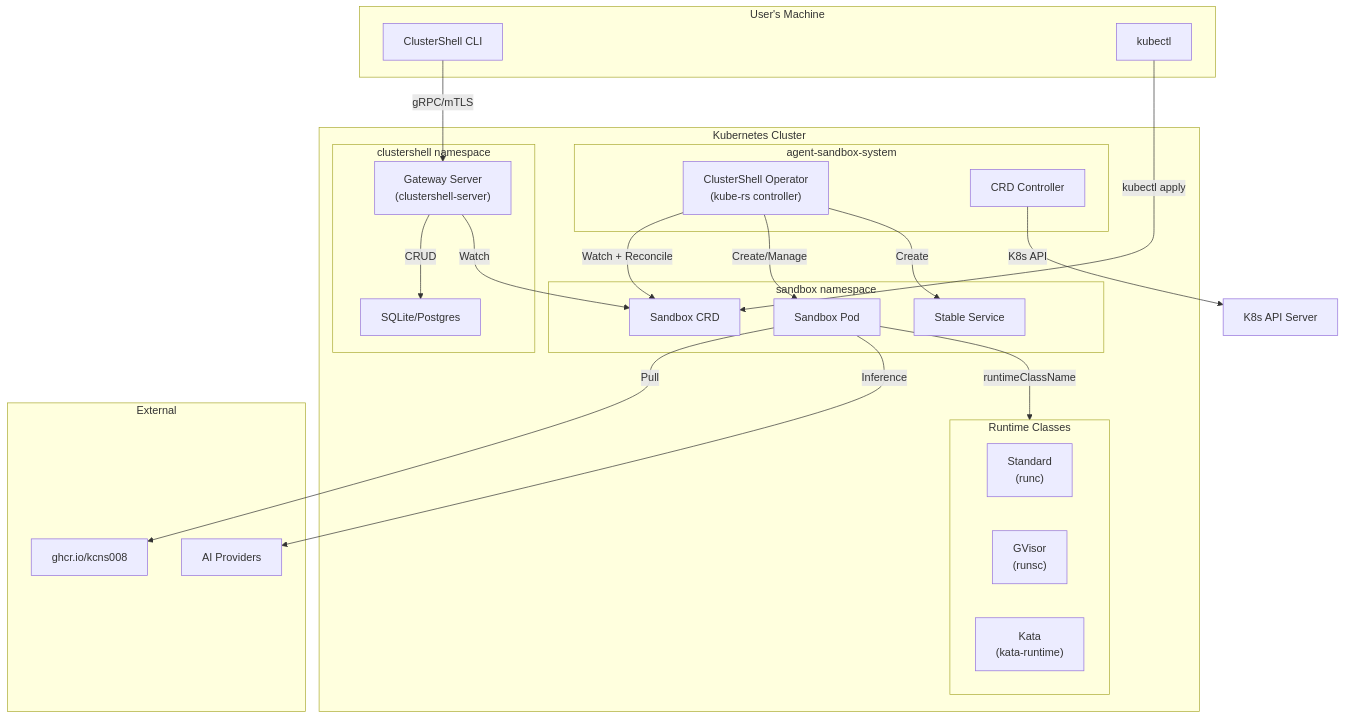
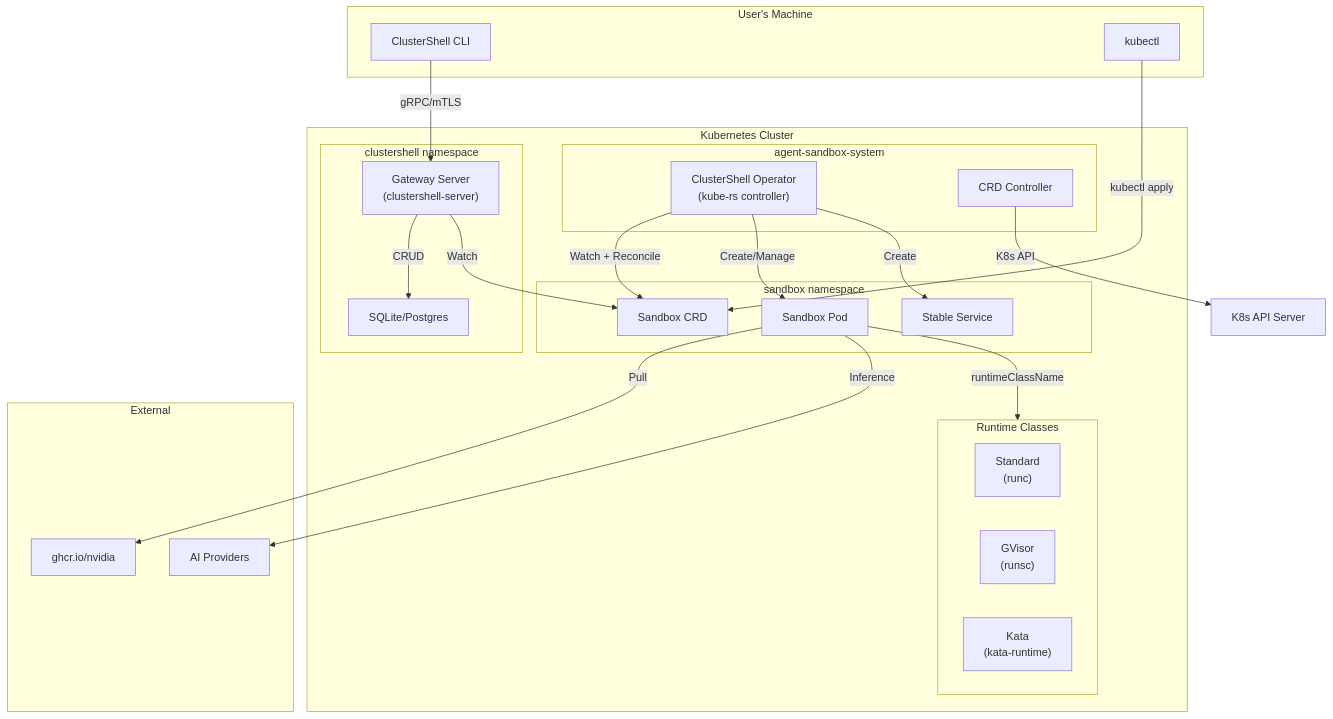
The first of 5 diagrams in architecture/kubernetes-operator.md (kcns008/ClusterShell), drawn with Mermaid before and after one commit. The commit also changed other lines of this file and 2 other files, not shown here.

First line of the commit message:
fix: update container image references to nvidia/openshell registry

````diff
--- a/architecture/kubernetes-operator.md
+++ b/architecture/kubernetes-operator.md
@@ -22,48 +22,48 @@
 ```mermaid
 graph TB
     subgraph USER["User's Machine"]
         CLI["ClusterShell CLI"]
         KUBECTL["kubectl"]
     end
 
     subgraph K8S["Kubernetes Cluster"]
         subgraph OPERATOR_NS["agent-sandbox-system"]
             OPERATOR["ClusterShell Operator<br/>(kube-rs controller)"]
             CRD_CTRL["CRD Controller"]
         end
 
         subgraph CLUSTER_NS["clustershell namespace"]
             GATEWAY["Gateway Server<br/>(clustershell-server)"]
             DB["SQLite/Postgres"]
         end
 
         subgraph SANDBOX_NS["sandbox namespace"]
             SANDBOX_CRD["Sandbox CRD"]
             POD["Sandbox Pod"]
             SERVICE["Stable Service"]
         end
 
         subgraph RUNTIME["Runtime Classes"]
             STANDARD["Standard<br/>(runc)"]
             GVISOR["GVisor<br/>(runsc)"]
             KATA["Kata<br/>(kata-runtime)"]
         end
     end
 
     subgraph EXT["External"]
         AI["AI Providers"]
-        REGISTRY["ghcr.io/kcns008"]
+        REGISTRY["ghcr.io/nvidia"]
     end
 
     CLI -->|gRPC/mTLS| GATEWAY
     KUBECTL -->|kubectl apply| SANDBOX_CRD
     OPERATOR -->|Watch + Reconcile| SANDBOX_CRD
     OPERATOR -->|Create/Manage| POD
     OPERATOR -->|Create| SERVICE
     CRD_CTRL -->|K8s API| K8S_API["K8s API Server"]
     GATEWAY -->|CRUD| DB
     GATEWAY -->|Watch| SANDBOX_CRD
     POD -->|runtimeClassName| RUNTIME
     POD -->|Pull| REGISTRY
     POD -->|Inference| AI
 ```
````
